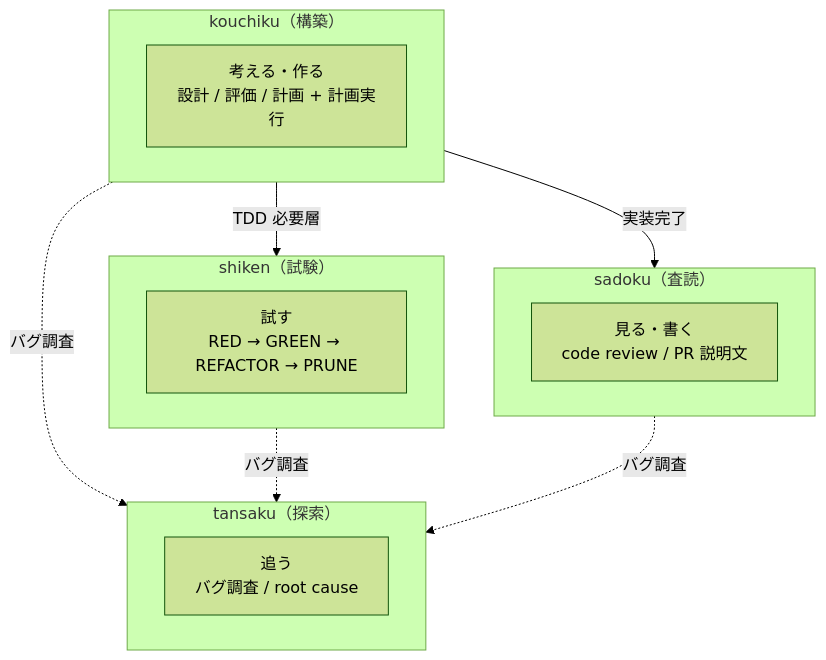
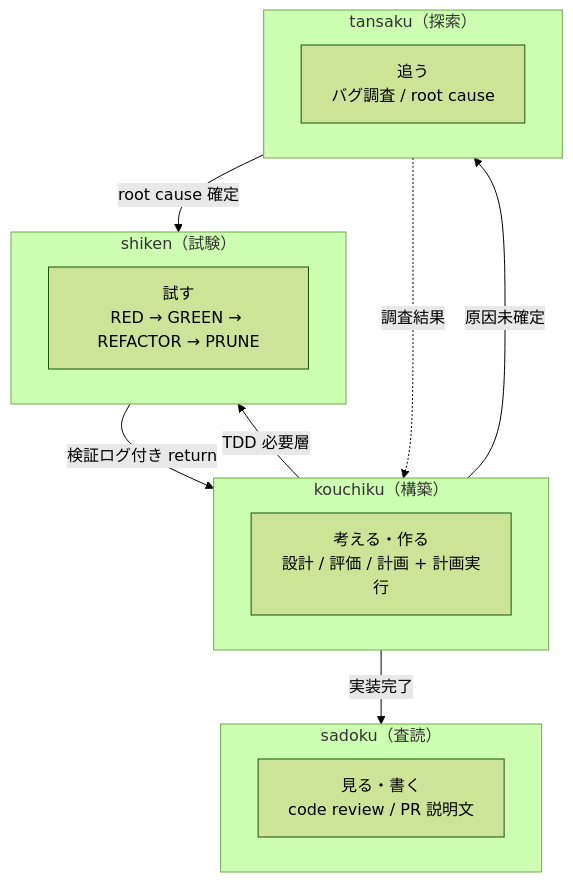
One commit to hayashiii-ghub/kufuu changed the first of 9 diagrams in docs/workflow.md. Above: the diagram before and after it, drawn with Mermaid (forest theme). The commit also changed other lines of this file and 7 other files, not shown here.

````diff
--- a/docs/workflow.md
+++ b/docs/workflow.md
@@ -32,21 +32,22 @@
 ```mermaid
 flowchart TB
   subgraph BUILD["kouchiku（構築）"]
     K["考える・作る<br/>設計 / 評価 / 計画 + 計画実行"]
   end
   subgraph TEST["shiken（試験）"]
     S["試す<br/>RED → GREEN → REFACTOR → PRUNE"]
   end
   subgraph REVIEW["sadoku（査読）"]
     R["見る・書く<br/>code review / PR 説明文"]
   end
   subgraph HUNT["tansaku（探索）"]
     T["追う<br/>バグ調査 / root cause"]
   end
 
+  BUILD -->|"原因未確定"| HUNT
+  HUNT -->|"root cause 確定"| TEST
+  HUNT -.->|"調査結果"| BUILD
   BUILD -->|"TDD 必要層"| TEST
+  TEST -->|"検証ログ付き return"| BUILD
   BUILD -->|"実装完了"| REVIEW
-  BUILD -.->|"バグ調査"| HUNT
-  TEST -.->|"バグ調査"| HUNT
-  REVIEW -.->|"バグ調査"| HUNT
 ```
````
